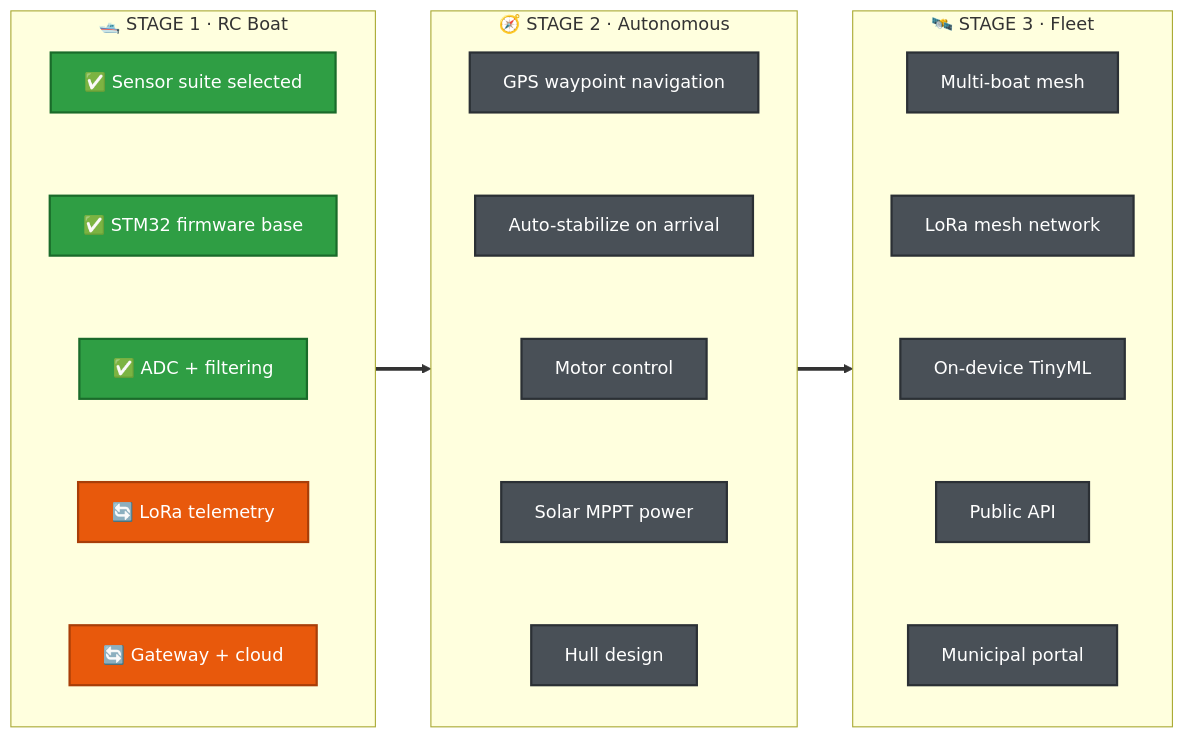
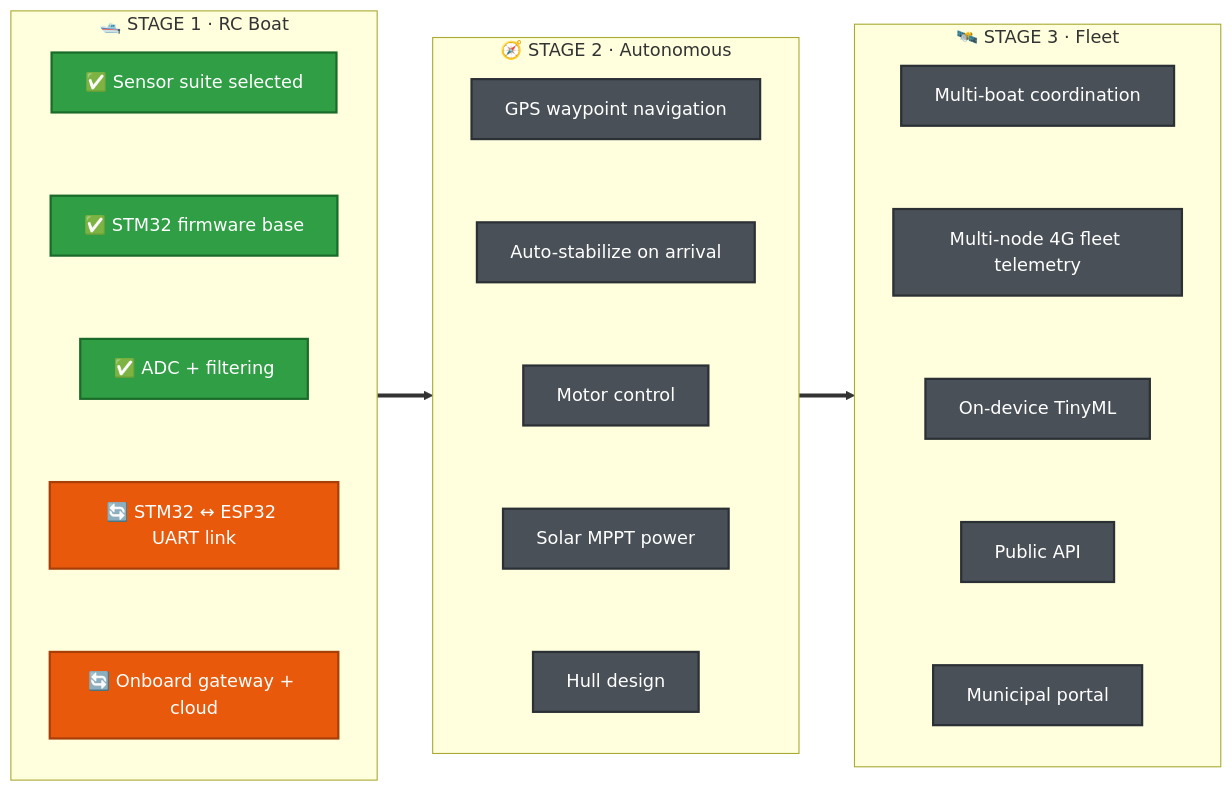
Before and after one commit to WQM-Project/.github: the third of 3 diagrams in profile/README.md, drawn with Mermaid. The commit also changed other lines of this file, not shown here.

Commit message:
docs: update org architecture diagram to onboard STM32-ESP32 UART + SIM7600 4G/GNSS

````diff
--- a/profile/README.md
+++ b/profile/README.md
@@ -233,41 +229,41 @@
 ```mermaid
 flowchart LR
     subgraph S1["🛥️ STAGE 1 · RC Boat"]
         direction TB
         A1["✅ Sensor suite selected"]
         A2["✅ STM32 firmware base"]
         A3["✅ ADC + filtering"]
-        A4["🔄 LoRa telemetry"]
-        A5["🔄 Gateway + cloud"]
+        A4["🔄 STM32 ↔ ESP32 UART link"]
+        A5["🔄 Onboard gateway + cloud"]
         A1 ~~~ A2 ~~~ A3 ~~~ A4 ~~~ A5
     end
 
     subgraph S2["🧭 STAGE 2 · Autonomous"]
         direction TB
         B1["GPS waypoint navigation"]
         B2["Auto-stabilize on arrival"]
         B3["Motor control"]
         B4["Solar MPPT power"]
         B5["Hull design"]
         B1 ~~~ B2 ~~~ B3 ~~~ B4 ~~~ B5
     end
 
     subgraph S3["🛰️ STAGE 3 · Fleet"]
         direction TB
-        C1["Multi-boat mesh"]
-        C2["LoRa mesh network"]
+        C1["Multi-boat coordination"]
+        C2["Multi-node 4G fleet telemetry"]
         C3["On-device TinyML"]
         C4["Public API"]
         C5["Municipal portal"]
         C1 ~~~ C2 ~~~ C3 ~~~ C4 ~~~ C5
     end
 
     S1 ==> S2 ==> S3
 
     classDef done fill:#2f9e44,stroke:#1a6b2a,stroke-width:2px,color:#ffffff
     classDef wip fill:#e8590c,stroke:#a83e08,stroke-width:2px,color:#ffffff
     classDef planned fill:#495057,stroke:#2b3035,stroke-width:2px,color:#ffffff
     class A1,A2,A3 done
     class A4,A5 wip
     class B1,B2,B3,B4,B5,C1,C2,C3,C4,C5 planned
 ```
````
